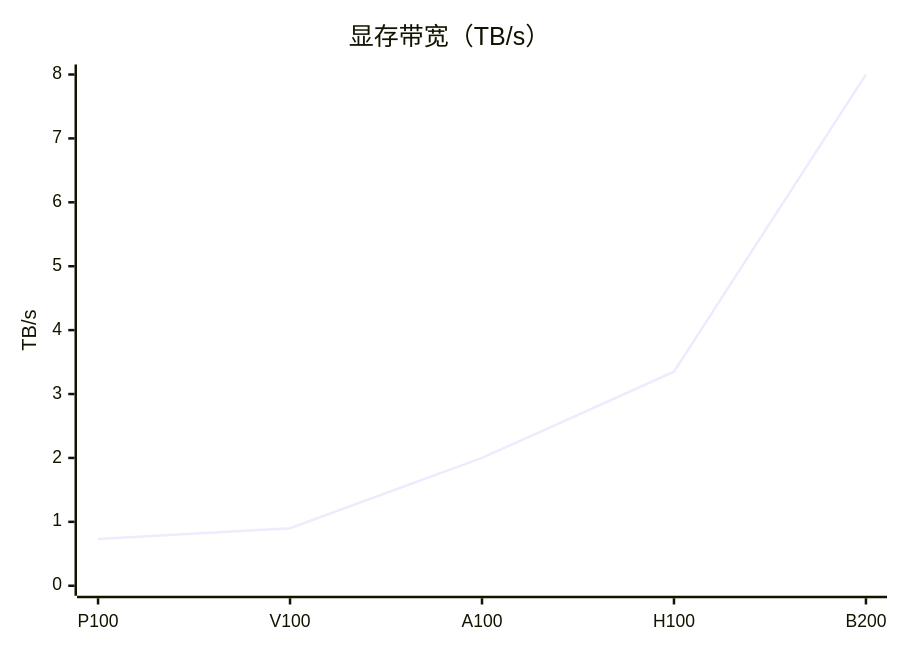
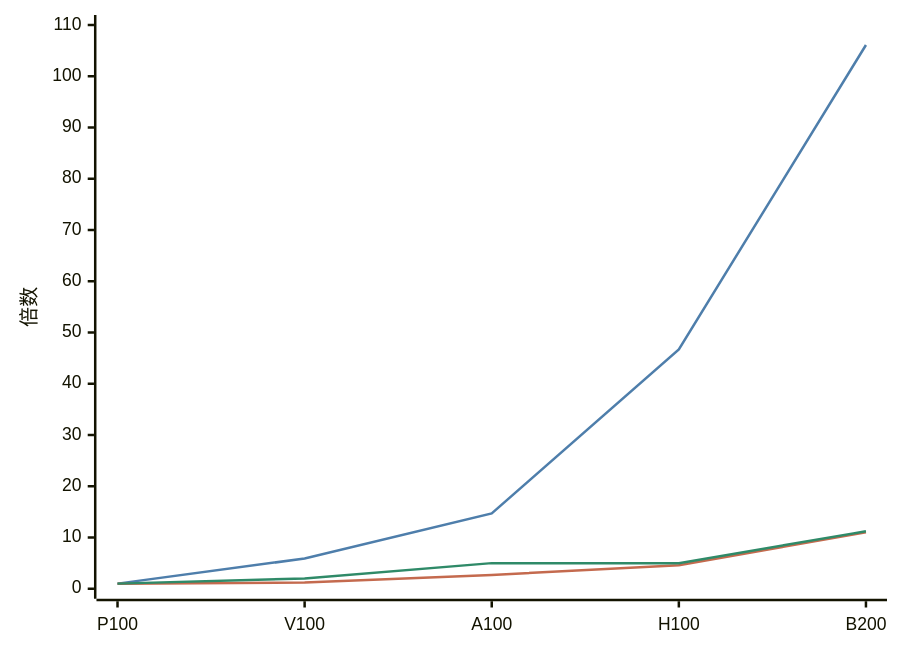
One commit to lxy-alexander/VoidIndex changed the diagram in src/content/posts/nvidia-gpu-architectures.md. Above: the diagram before and after it, drawn with Mermaid. The commit also changed other lines of this file, not shown here.

````diff
--- a/src/content/posts/nvidia-gpu-architectures.md
+++ b/src/content/posts/nvidia-gpu-architectures.md
@@ -47,7 +49,9 @@
 ```mermaid
+%%{init: {"themeVariables": {"xyChart": {"backgroundColor": "transparent", "plotColorPalette": "#4E7EAB, #C46A4E, #2F8A68"}}}}%%
 xychart-beta
-  title "显存带宽（TB/s）"
   x-axis [P100, V100, A100, H100, B200]
-  y-axis "TB/s" 0 --> 8
-  line [0.73, 0.9, 2.0, 3.35, 8]
+  y-axis "倍数" 0 --> 110
+  line [1, 5.9, 14.7, 46.7, 106.1]
+  line [1, 1.2, 2.7, 4.6, 11.0]
+  line [1, 2.0, 5.0, 5.0, 11.2]
 ```
````
